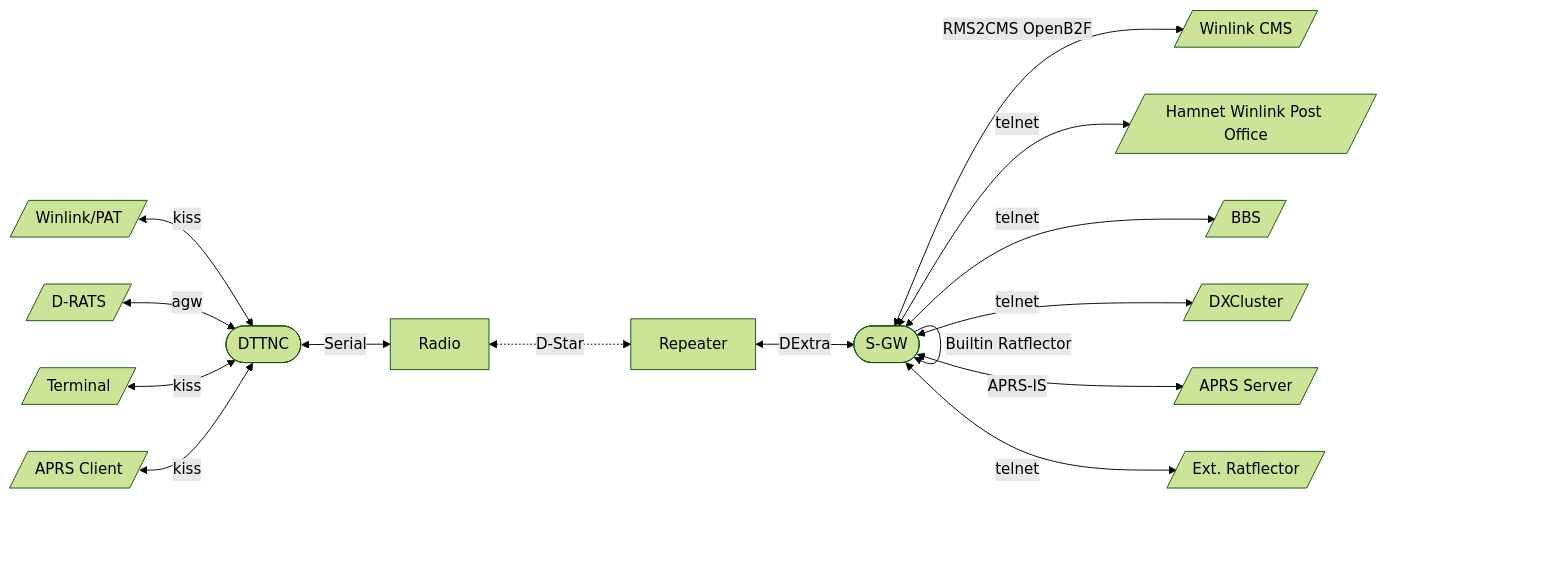
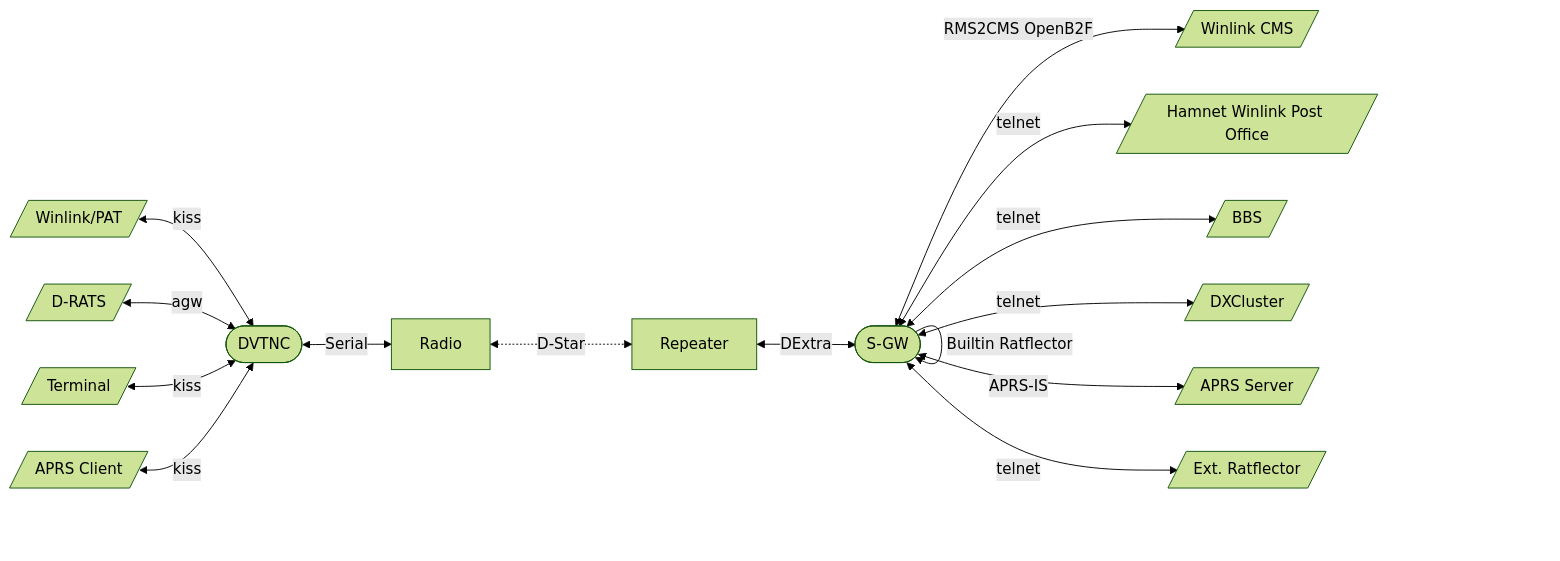
The diagram in README.md (dscp46/dsgw), drawn with Mermaid (forest theme) before and after one commit.

````diff
--- a/README.md
+++ b/README.md
@@ -17,17 +17,17 @@
 ```mermaid
 flowchart LR
-    wl2k[/Winlink/PAT/] <-->|kiss| tnc@{ shape: stadium, label: "DTTNC"}
+    wl2k[/Winlink/PAT/] <-->|kiss| tnc@{ shape: stadium, label: "DVTNC"}
     rat[/D-RATS/] <-->|agw| tnc
     term[/Terminal/] <-->|kiss| tnc
     apc[/APRS Client/] <-->|kiss| tnc
     tnc <-->|Serial| radio[Radio]
     radio <-..->|D-Star| rptr[Repeater]
     rptr <-->|DExtra| dsgw@{ shape: stadium, label: "S-GW"}
     dsgw <-->|RMS2CMS OpenB2F| cms[/Winlink CMS/]
     dsgw <-->|telnet| wlpo[/Hamnet Winlink Post Office/]
     dsgw <-->|telnet| bbs[/BBS/]
     dsgw <-->|telnet| dxc[/DXCluster/]
     dsgw <-->|APRS-IS| abk[/APRS Server/]
     dsgw <--> |telnet| rfl[/Ext. Ratflector/]
     dsgw --> |Builtin Ratflector| dsgw
 ```
````
